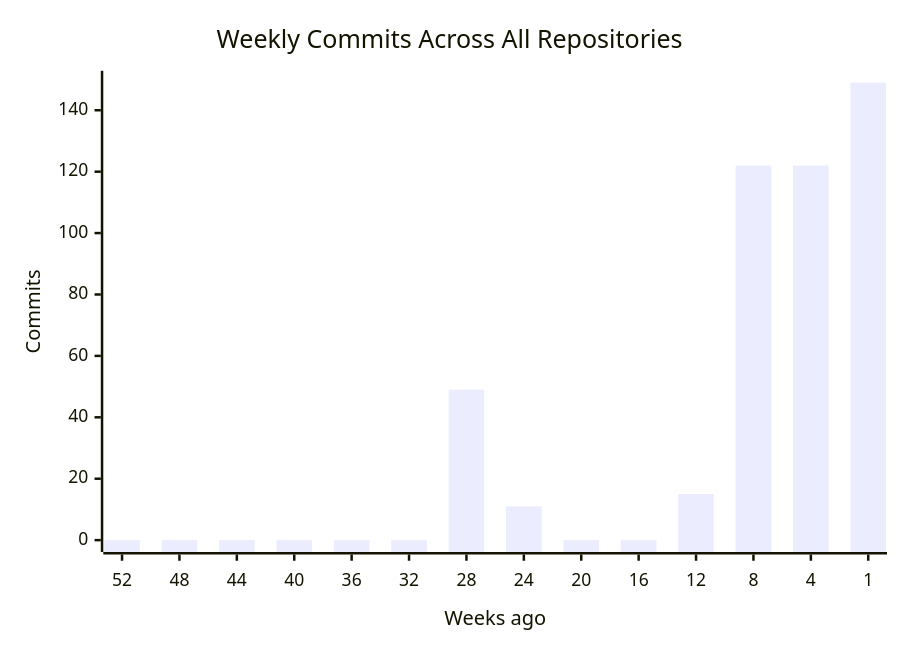
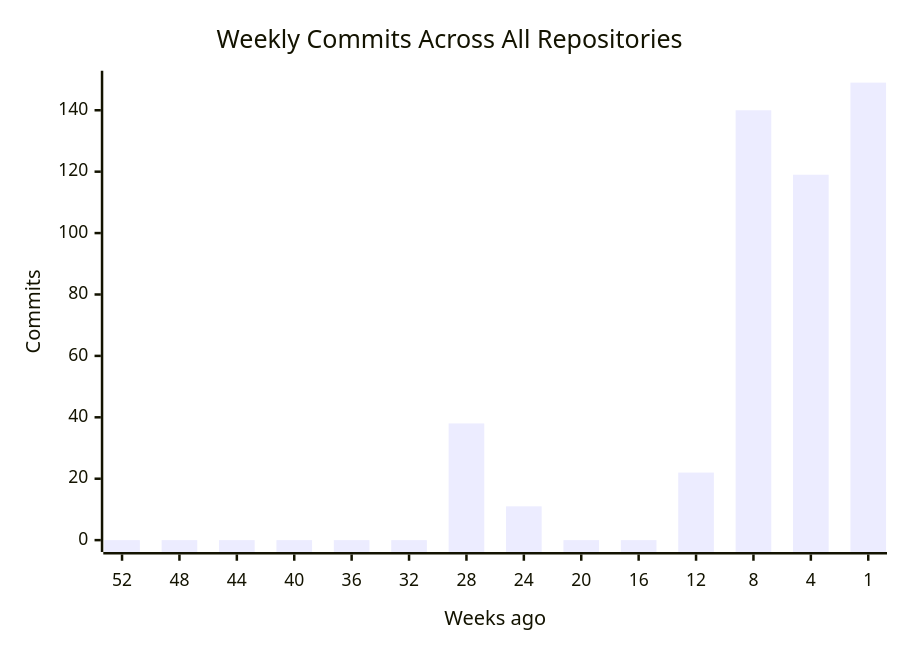
Before and after one commit to CSTH-Projects/.github: the first of 4 diagrams in profile/README.md, drawn with Mermaid. The commit also changed other lines of this file, not shown here.

````diff
--- a/profile/README.md
+++ b/profile/README.md
@@ -16,7 +16,7 @@
 ```mermaid
 xychart-beta
     title "Weekly Commits Across All Repositories"
     x-axis "Weeks ago" [52, 48, 44, 40, 36, 32, 28, 24, 20, 16, 12, 8, 4, 1]
     y-axis "Commits"
-    bar [0, 0, 0, 0, 0, 0, 49, 11, 0, 0, 15, 122, 122, 149]
+    bar [0, 0, 0, 0, 0, 0, 38, 11, 0, 0, 22, 140, 119, 149]
 ```
````
